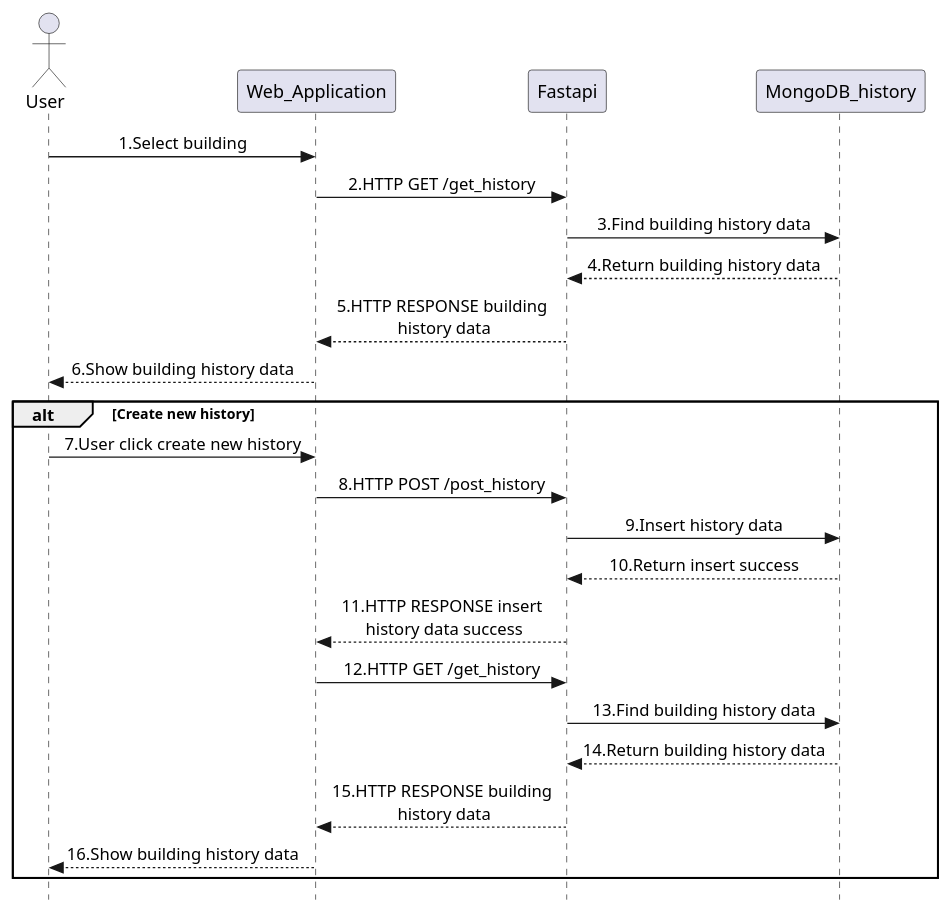
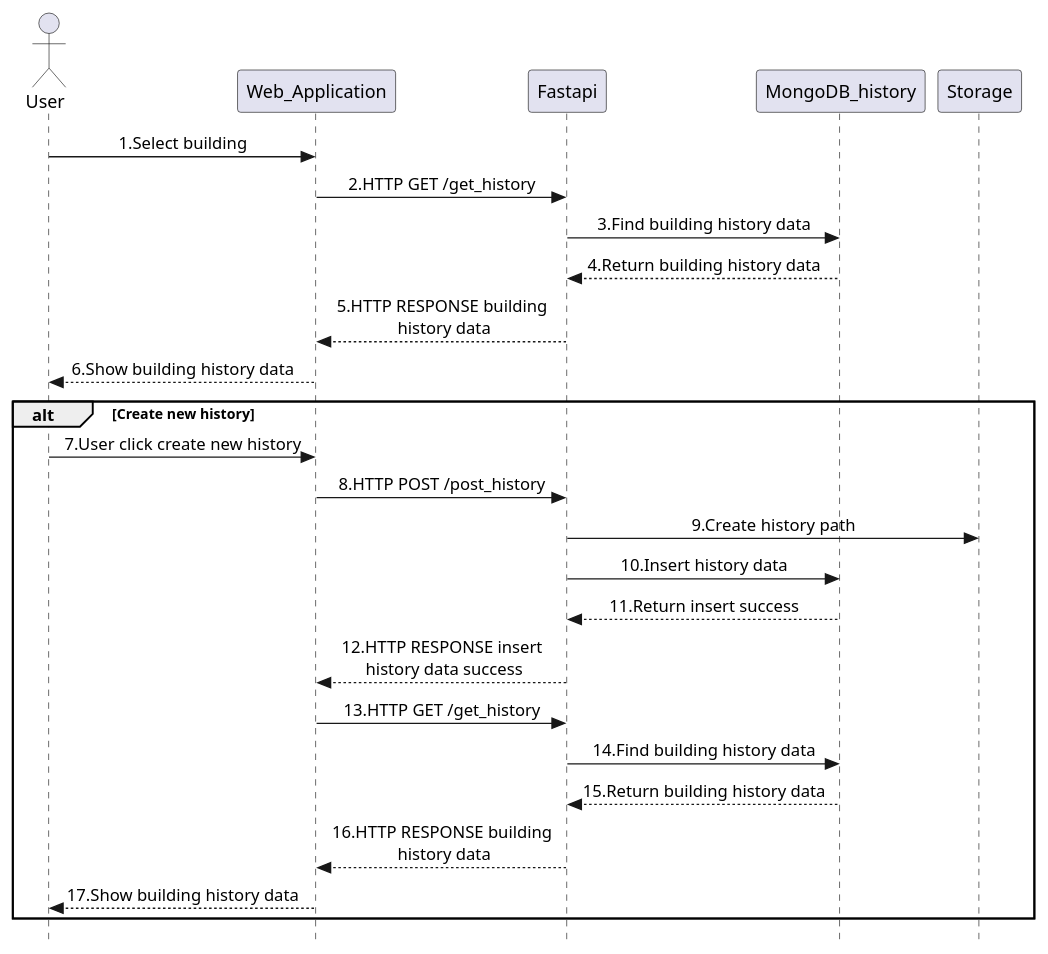
One commit to pasin2545/sequence-diagram changed the diagram in addNewHistory.plantuml. Above: the diagram before and after it, drawn with PlantUML. The commit also changed 5 other files, not shown here.

Commit message:
update UML

```diff
--- a/addNewHistory.plantuml
+++ b/addNewHistory.plantuml
@@ -1,27 +1,28 @@
 @startuml Roof_Surface_addNewHistory
 skinparam Style strictuml
 skinparam SequenceMessageAlignment center
 actor User as user
 participant Web_Application as web_app
 participant Fastapi as fastapi
 participant MongoDB_history as history
 user -> web_app : 1.Select building
 web_app -> fastapi : 2.HTTP GET /get_history
 fastapi -> history : 3.Find building history data
 history --> fastapi : 4.Return building history data
 fastapi --> web_app : 5.HTTP RESPONSE building\n history data
 web_app --> user : 6.Show building history data
 alt Create new history
 user -> web_app : 7.User click create new history
 web_app -> fastapi : 8.HTTP POST /post_history
-fastapi -> history : 9.Insert history data
-history --> fastapi : 10.Return insert success
-fastapi --> web_app : 11.HTTP RESPONSE insert\n history data success
-web_app -> fastapi : 12.HTTP GET /get_history
-fastapi -> history : 13.Find building history data
-history --> fastapi : 14.Return building history data
-fastapi --> web_app : 15.HTTP RESPONSE building\n history data
-web_app --> user : 16.Show building history data
+fastapi -> Storage : 9.Create history path
+fastapi -> history : 10.Insert history data
+history --> fastapi : 11.Return insert success
+fastapi --> web_app : 12.HTTP RESPONSE insert\n history data success
+web_app -> fastapi : 13.HTTP GET /get_history
+fastapi -> history : 14.Find building history data
+history --> fastapi : 15.Return building history data
+fastapi --> web_app : 16.HTTP RESPONSE building\n history data
+web_app --> user : 17.Show building history data
 end
 
 @enduml
```
